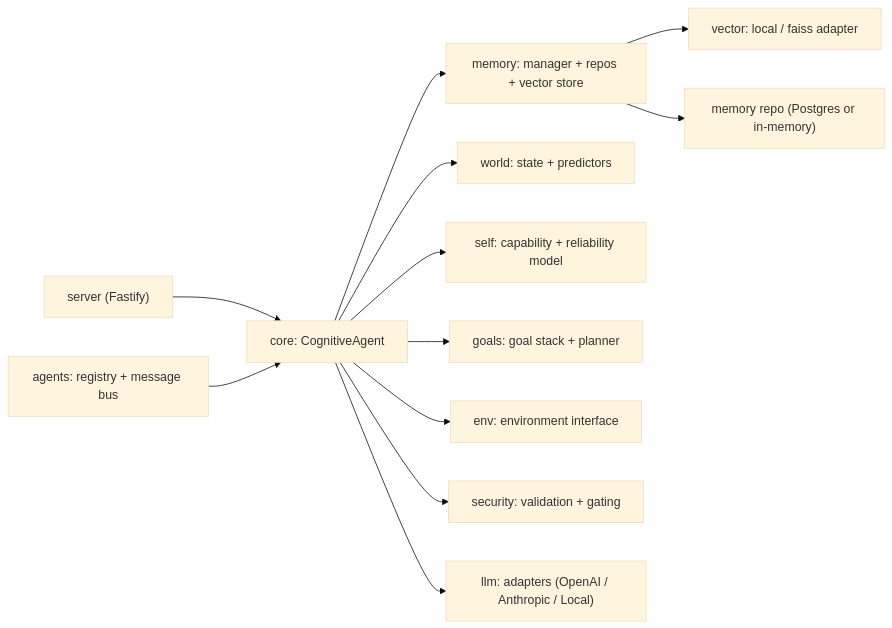
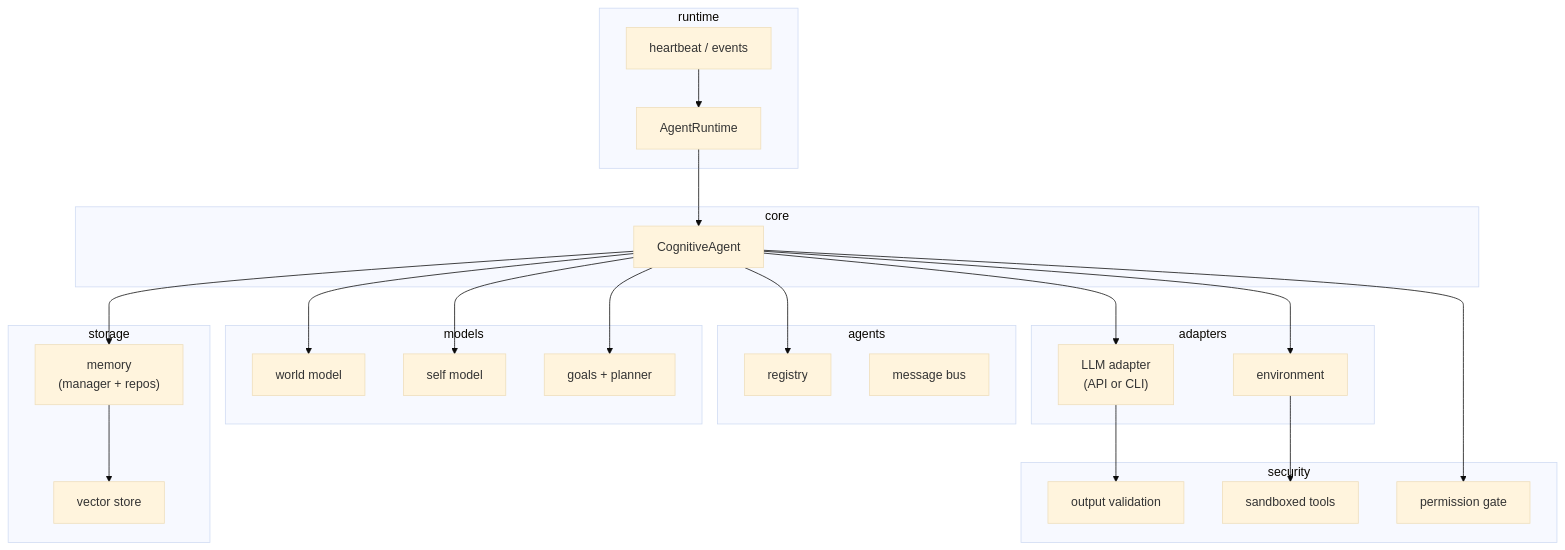
The diagram in docs/architecture.md (corysmart/Ernest-Agent), drawn with Mermaid (base theme) before and after one commit. The commit also changed other lines of this file and 10 other files, not shown here.

````diff
--- a/docs/architecture.md
+++ b/docs/architecture.md
@@ -5,14 +50,44 @@
 ```mermaid
-flowchart LR
-  Server["server (Fastify)"] --> Agent["core: CognitiveAgent"]
-  Agent --> Memory["memory: manager + repos + vector store"]
-  Agent --> World["world: state + predictors"]
-  Agent --> Self["self: capability + reliability model"]
-  Agent --> Goals["goals: goal stack + planner"]
-  Agent --> Env["env: environment interface"]
-  Agent --> Security["security: validation + gating"]
-  Agent --> LLM["llm: adapters (OpenAI / Anthropic / Local)"]
-  Agents["agents: registry + message bus"] --> Agent
-  Memory --> Vector["vector: local / faiss adapter"]
-  Memory --> Postgres["memory repo (Postgres or in-memory)"]
+flowchart TB
+    subgraph Runtime["runtime"]
+        HB["heartbeat / events"]
+        HB --> AR["AgentRuntime"]
+    end
+    subgraph Core["core"]
+        CA["CognitiveAgent"]
+    end
+    subgraph Storage["storage"]
+        MEM["memory\n(manager + repos)"]
+        VEC["vector store"]
+        MEM --> VEC
+    end
+    subgraph Models["models"]
+        WLD["world model"]
+        SLF["self model"]
+        GLS["goals + planner"]
+    end
+    subgraph Agents["agents"]
+        REG["registry"]
+        BUS["message bus"]
+    end
+    subgraph Adapters["adapters"]
+        LLM["LLM adapter\n(API or CLI)"]
+        ENV["environment"]
+    end
+    subgraph Security["security"]
+        VAL["output validation"]
+        GATE["permission gate"]
+        SAN["sandboxed tools"]
+    end
+    AR --> CA
+    CA --> MEM
+    CA --> WLD
+    CA --> SLF
+    CA --> GLS
+    CA --> REG
+    CA --> LLM
+    CA --> ENV
+    LLM --> VAL
+    CA --> GATE
+    ENV --> SAN
 ```
````
